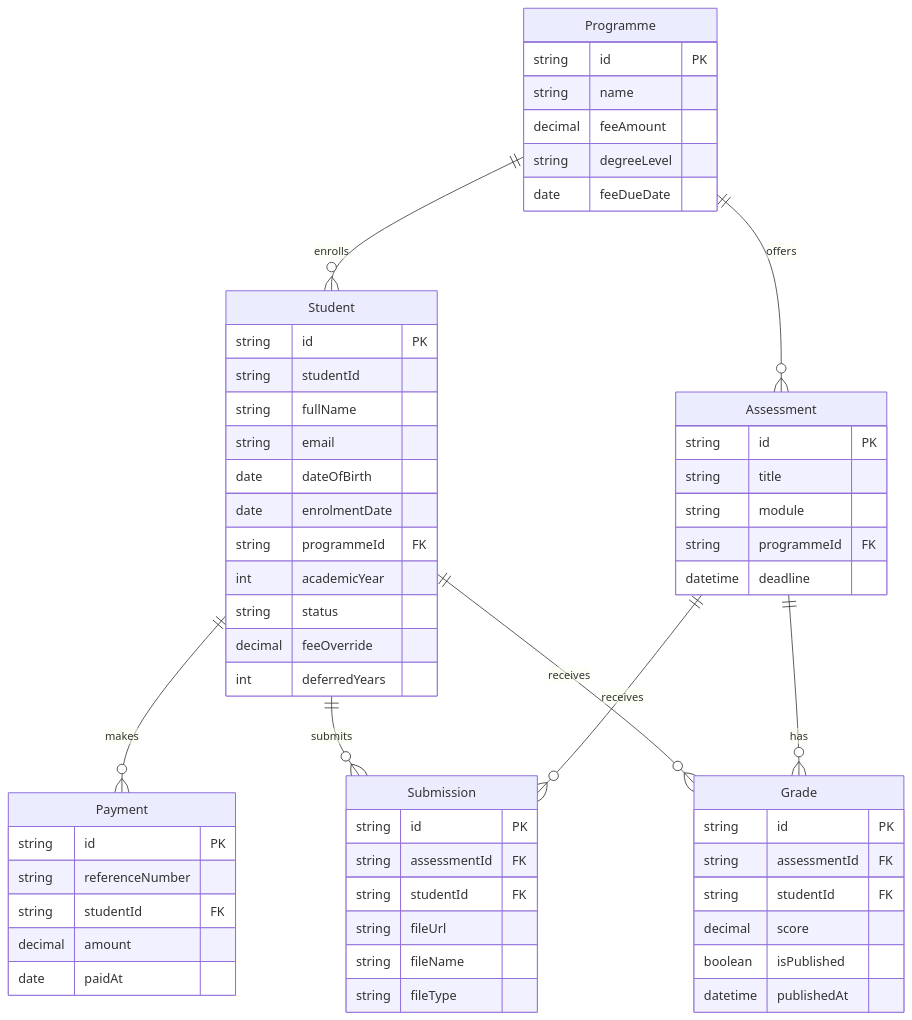
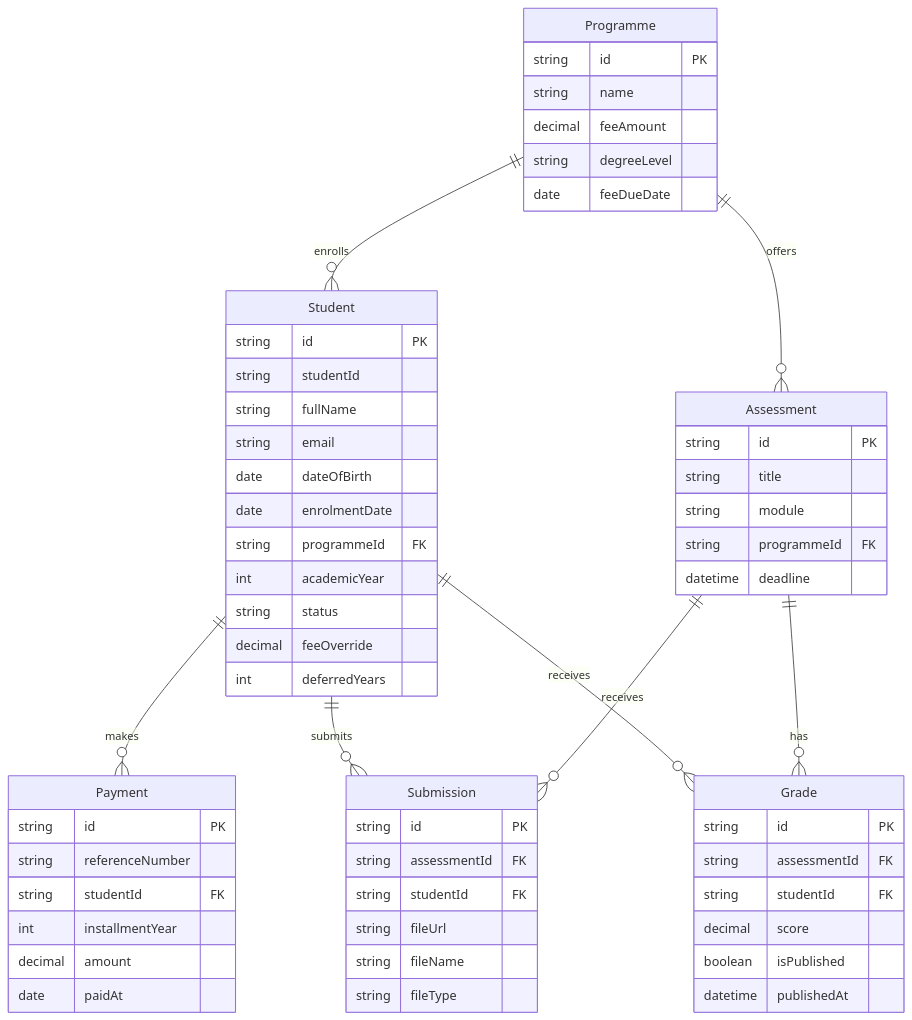
Before and after one commit to thinkGrow/sms-registry: the diagram in README.md, drawn with Mermaid. The commit also changed other lines of this file and 11 other files, not shown here.

First line of the commit message:
feat: restrict payments to one per installment year

````diff
--- a/README.md
+++ b/README.md
@@ -19,60 +19,61 @@
 ```mermaid
 erDiagram
     Programme ||--o{ Student : enrolls
     Student ||--o{ Payment : makes
     Programme ||--o{ Assessment : offers
     Student ||--o{ Submission : submits
     Assessment ||--o{ Submission : receives
     Student ||--o{ Grade : receives
     Assessment ||--o{ Grade : has
     Programme {
         string id PK
         string name
         decimal feeAmount
         string degreeLevel
         date feeDueDate
     }
     Student {
         string id PK
         string studentId
         string fullName
         string email
         date dateOfBirth
         date enrolmentDate
         string programmeId FK
         int academicYear
         string status
         decimal feeOverride
         int deferredYears
     }
     Payment {
         string id PK
         string referenceNumber
         string studentId FK
+        int installmentYear
         decimal amount
         date paidAt
     }
     Assessment {
         string id PK
         string title
         string module
         string programmeId FK
         datetime deadline
     }
     Submission {
         string id PK
         string assessmentId FK
         string studentId FK
         string fileUrl
         string fileName
         string fileType
     }
     Grade {
         string id PK
         string assessmentId FK
         string studentId FK
         decimal score
         boolean isPublished
         datetime publishedAt
     }
 ```
````
